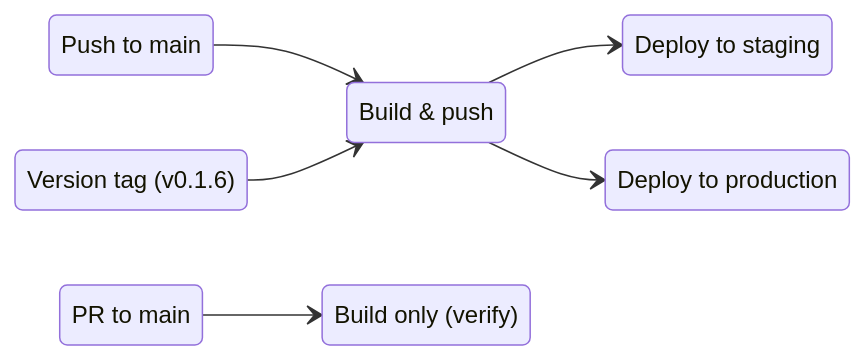
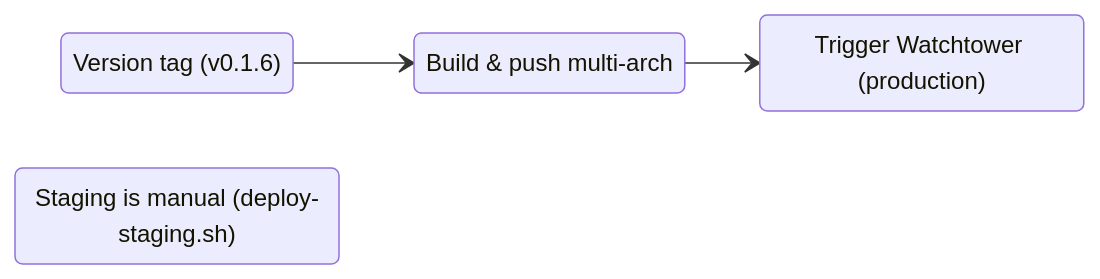
The second of 2 diagrams in wiki/development/deployment-model.md (chaixdev/grocerun), drawn with Mermaid before and after one commit. The commit also changed other lines of this file and 1 other file, not shown here.

First line of the commit message:
refactor: simplify to tag-only releases, manual staging

````diff
--- a/wiki/development/deployment-model.md
+++ b/wiki/development/deployment-model.md
@@ -62,17 +62,11 @@
 ```mermaid
 stateDiagram-v2
     direction LR
-    MainPush: Push to main
     VersionTag: Version tag (v0.1.6)
-    PR: PR to main
-    Build: Build & push
-    Staging: Deploy to staging
-    Prod: Deploy to production
-    Skip: Build only (verify)
+    Build: Build & push multi-arch
+    Prod: Trigger Watchtower (production)
+    StagingNote: Staging is manual (deploy-staging.sh)
 
-    MainPush --> Build
-    Build --> Staging
     VersionTag --> Build
     Build --> Prod
-    PR --> Skip
 ```
````
